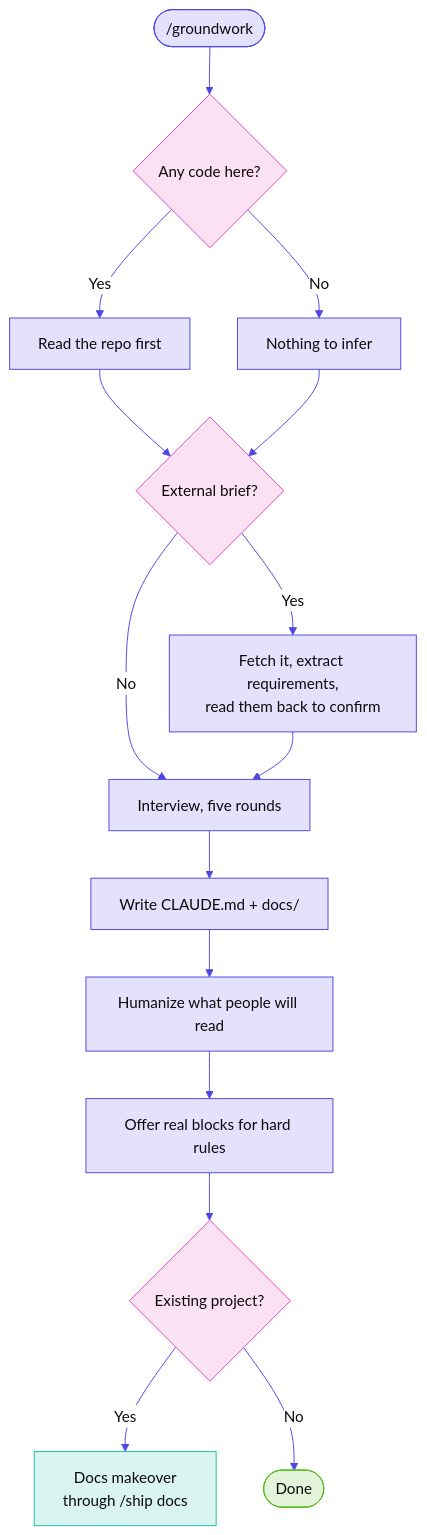
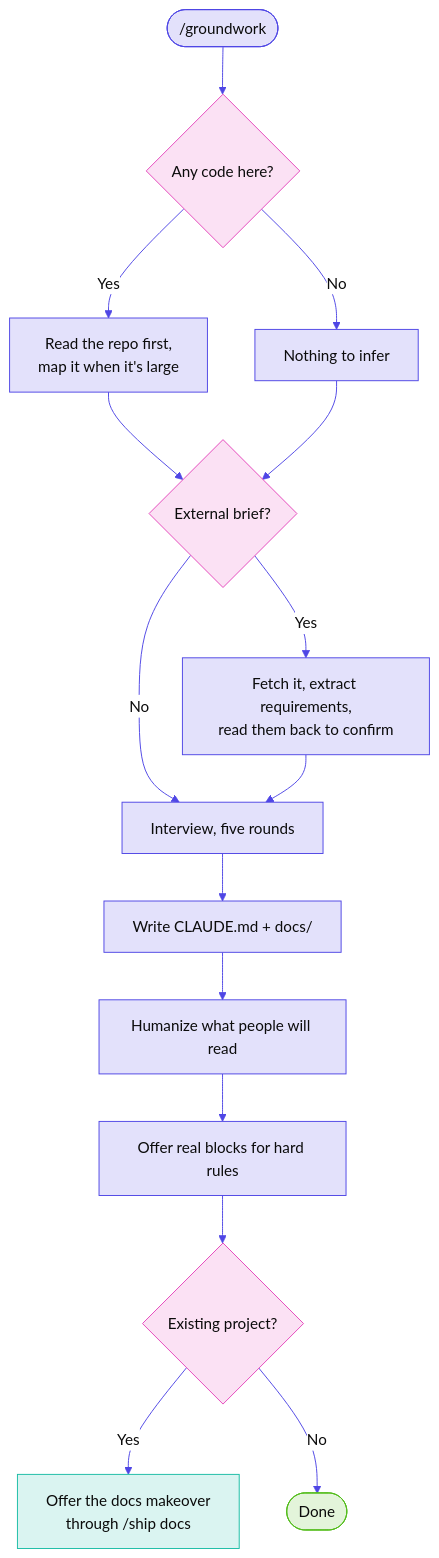
Before and after one commit to divyanshjoshii/groundwork: the diagram in README.md, drawn with Mermaid. The commit also changed other lines of this file and 4 other files, not shown here.

First line of the commit message:
map large projects and load setup only when needed

````diff
--- a/README.md
+++ b/README.md
@@ -17,28 +17,28 @@
 ```mermaid
 %%{init: {"theme":"base","themeVariables":{"background":"#FFFFFF","primaryColor":"#FFFFFF","primaryTextColor":"#0B0B0B","primaryBorderColor":"#4F46E5","lineColor":"#4F46E5","secondaryColor":"#EAE9FC","tertiaryColor":"#FFFFFF","textColor":"#0B0B0B","edgeLabelBackground":"#FFFFFF","clusterBkg":"#FFFFFF","clusterBorder":"#CECECE","titleColor":"#0B0B0B","rowOdd":"#FFFFFF","rowEven":"#F0F0F0","attributeBackgroundColorOdd":"#FFFFFF","attributeBackgroundColorEven":"#F0F0F0","actorBkg":"#FFFFFF","actorBorder":"#4F46E5","actorTextColor":"#0B0B0B","actorLineColor":"#919191","signalColor":"#4F46E5","signalTextColor":"#0B0B0B","labelBoxBkgColor":"#FFFFFF","labelBoxBorderColor":"#4F46E5","labelTextColor":"#0B0B0B","loopTextColor":"#0B0B0B","noteBkgColor":"#E5E3FB","noteTextColor":"#0B0B0B","noteBorderColor":"#4F46E5","activationBkgColor":"#4F46E5","activationBorderColor":"#4F46E5"}}}%%
 %% palette 97d170e1
 flowchart TD
     A(["/groundwork"]) --> B{Any code here?}
-    B -->|Yes| C[Read the repo first]
+    B -->|Yes| C["Read the repo first,<br/>map it when it's large"]
     B -->|No| D[Nothing to infer]
     C --> E{External brief?}
     D --> E
     E -->|Yes| F["Fetch it, extract requirements,<br/>read them back to confirm"]
     E -->|No| G[Interview, five rounds]
     F --> G
     G --> H["Write CLAUDE.md + docs/"]
     H --> I[Humanize what people will read]
     I --> J[Offer real blocks for hard rules]
     J --> K{Existing project?}
-    K -->|Yes| L["Docs makeover<br/>through /ship docs"]
+    K -->|Yes| L["Offer the docs makeover<br/>through /ship docs"]
     K -->|No| M([Done])
 
     classDef role1 fill:#E3E1FB,stroke:#4F46E5,color:#0B0B0B
     classDef role2 fill:#FBE1F4,stroke:#E546BC,color:#0B0B0B
     classDef role4 fill:#E3F4DA,stroke:#52BC1A,color:#0B0B0B
     classDef role5 fill:#DAF4F1,stroke:#1ABCA5,color:#0B0B0B
     class A,C,D,F,G,H,I,J role1
     class B,E,K role2
     class L role5
     class M role4
 ```
````
